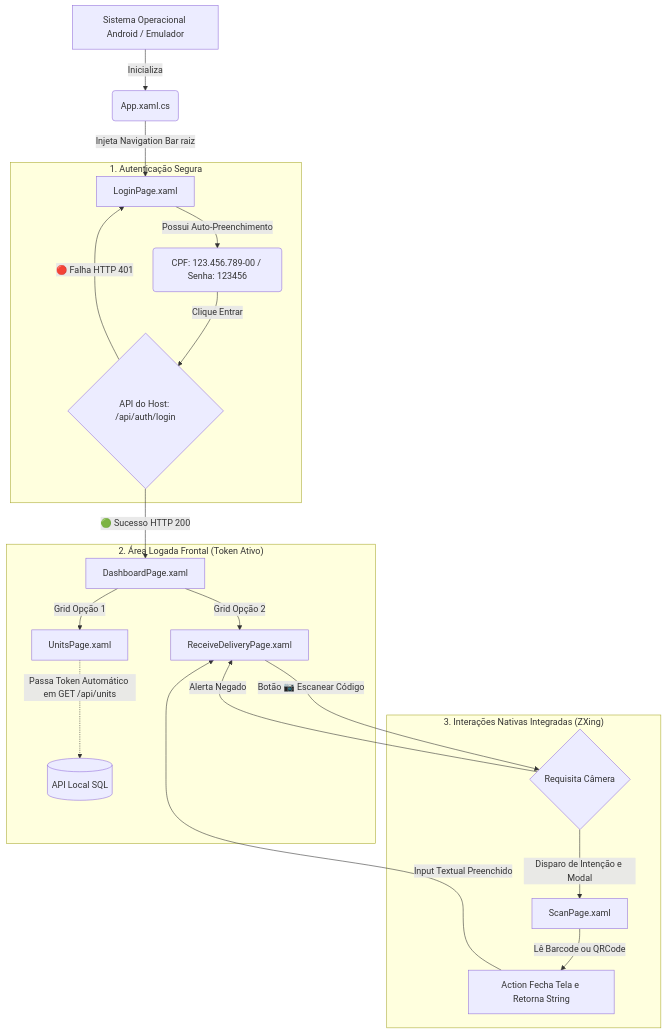
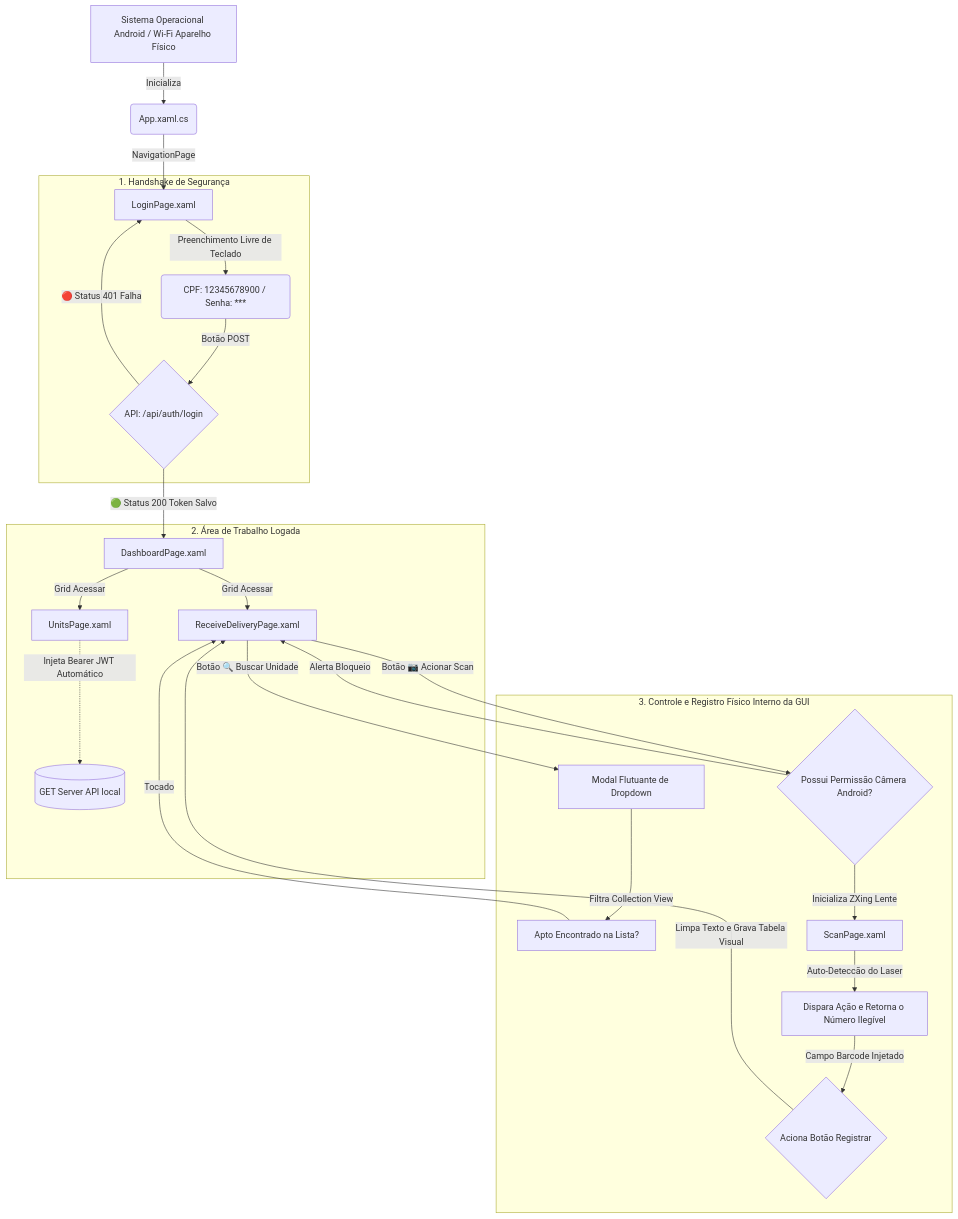
The diagram in Docs/Flowchart.md (marciobonnassieux/CondominiumApp), drawn with Mermaid before and after one commit. The commit also changed other lines of this file and 2 other files, not shown here.

Commit message:
inpoving documentation

````diff
--- a/Docs/Flowchart.md
+++ b/Docs/Flowchart.md
@@ -5,27 +5,33 @@
 ```mermaid
 graph TD
-    A[Sistema Operacional Android / Emulador] -->|Inicializa| B(App.xaml.cs)
-    B -->|Injeta Navigation Bar raiz| C[LoginPage.xaml]
+    A[Sistema Operacional Android / Wi-Fi Aparelho Físico] -->|Inicializa| B(App.xaml.cs)
+    B -->|NavigationPage| C[LoginPage.xaml]
     
-    subgraph "1. Autenticação Segura"
-        C -->|Possui Auto-Preenchimento| D(CPF: 123.456.789-00 / Senha: 123456)
-        D -->|Clique Entrar| E{API do Host: /api/auth/login}
-        E -->|🔴 Falha HTTP 401| C
+    subgraph "1. Handshake de Segurança"
+        C -->|Preenchimento Livre de Teclado| D("CPF: 12345678900 / Senha: ***")
+        D -->|Botão POST| E{API: /api/auth/login}
+        E -->|🔴 Status 401 Falha| C
     end
     
-    subgraph "2. Área Logada Frontal (Token Ativo)"
-        E -->|🟢 Sucesso HTTP 200| F[DashboardPage.xaml]
-        F -->|Grid Opção 1| G[UnitsPage.xaml]
-        F -->|Grid Opção 2| H[ReceiveDeliveryPage.xaml]
+    subgraph "2. Área de Trabalho Logada"
+        E -->|🟢 Status 200 Token Salvo| F[DashboardPage.xaml]
+        F -->|Grid Acessar| G[UnitsPage.xaml]
+        F -->|Grid Acessar| H[ReceiveDeliveryPage.xaml]
         
-        G -.->|Passa Token Automático em GET /api/units| I[(API Local SQL)]
+        G -.->|Injeta Bearer JWT Automático| I[(GET Server API local)]
     end
     
-    subgraph "3. Interações Nativas Integradas (ZXing)"
-        H -->|Botão 📷 Escanear Código| J{Requisita Câmera}
-        J -->|Alerta Negado| H
-        J -->|Disparo de Intenção e Modal| K[ScanPage.xaml]
-        K -->|Lê Barcode ou QRCode| L[Action Fecha Tela e Retorna String]
-        L -->|Input Textual Preenchido| H
+    subgraph "3. Controle e Registro Físico Interno da GUI"
+        H -->|Botão 🔍 Buscar Unidade| Pop[Modal Flutuante de Dropdown]
+        Pop -->|Filtra Collection View| PopSelect[Apto Encontrado na Lista?]
+        PopSelect -->|Tocado| H
+        
+        H -->|Botão 📷 Acionar Scan| J{Possui Permissão Câmera Android?}
+        J -->|Alerta Bloqueio| H
+        J -->|Inicializa ZXing Lente| K[ScanPage.xaml]
+        K -->|Auto-Deteccão do Laser| L[Dispara Ação e Retorna o Número Ilegível]
+        L -->|Campo Barcode Injetado| M{Aciona Botão Registrar}
+        
+        M -->|Limpa Texto e Grava Tabela Visual| H
     end
 ```
````
